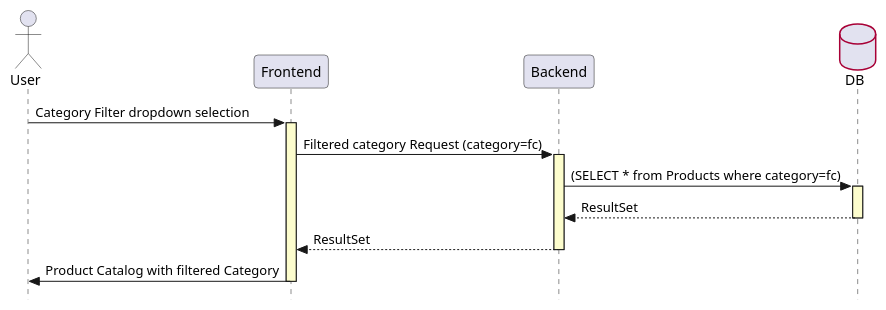
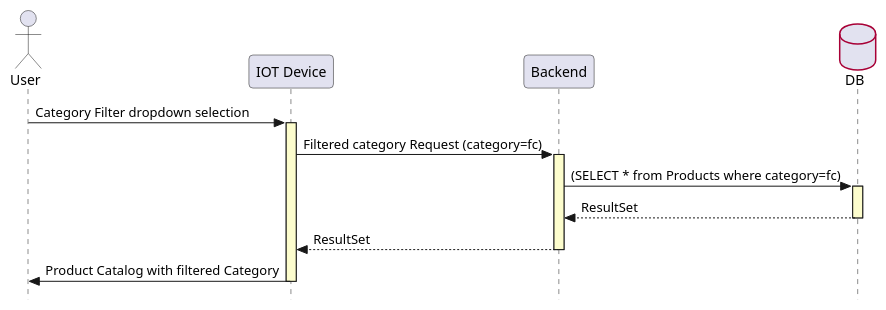
One commit to mahi-official/KanbanBoard changed the diagram in docs/sequence_diagram/code/filter_sequence.wsd. Above: the diagram before and after it, drawn with PlantUML. The commit also changed 3 other files, not shown here.

```diff
--- a/docs/sequence_diagram/code/filter_sequence.wsd
+++ b/docs/sequence_diagram/code/filter_sequence.wsd
@@ -1,34 +1,34 @@
 @startuml
 
 skinparam {
 	Style strictuml
 	RoundCorner 8
 	Sequence {
 		LifeLineBackgroundColor #FDFDCD
  
 		Stereotype {
 			Font {
 				Size 11
 				Style plain
 			}
 		}
 	}
 	DatabaseBorderColor #A80036
 }
 
 actor "User" as User
-participant "Frontend" as Frontend
+participant "IOT Device" as Frontend
 participant "Backend" as Backend
 database "DB" as Database
 
 User -> Frontend : Category Filter dropdown selection
 Frontend ++
 Frontend -> Backend++ : Filtered category Request (category=fc)
 Backend -> Database++ : (SELECT * from Products where category=fc)
 return ResultSet
 return ResultSet
 Frontend -> User : Product Catalog with filtered Category
 Frontend --
 
 
 @enduml
```
